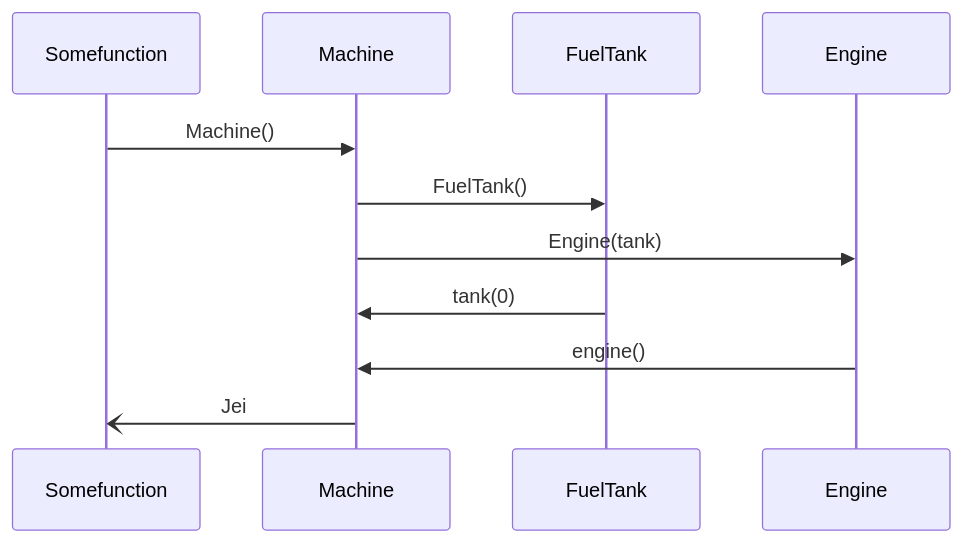
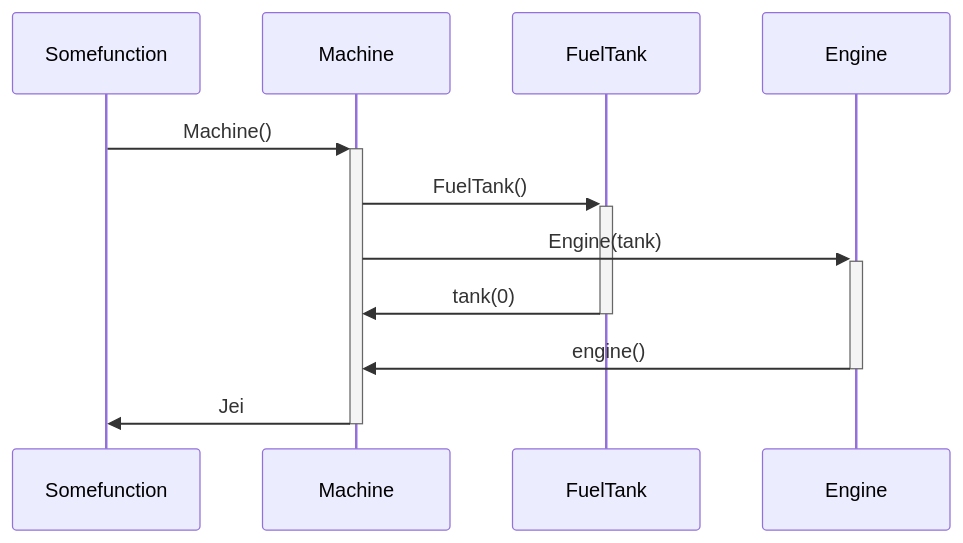
The diagram in laskarit/viikko3/machine.md (iritmaximus/ot-harjoitustyo), drawn with Mermaid before and after one commit.

Commit message:
added blocks to arrows

````diff
--- a/laskarit/viikko3/machine.md
+++ b/laskarit/viikko3/machine.md
@@ -3,11 +3,11 @@
 ```mermaid
 sequenceDiagram
 
-    Somefunction->>Machine: Machine()
-    Machine->>FuelTank: FuelTank()
-    Machine->>Engine: Engine(tank)
-    FuelTank->>Machine: tank(0)
-    Engine->>Machine: engine()
-    Machine-)Somefunction: Jei
+    Somefunction->>+Machine: Machine()
+    Machine->>+FuelTank: FuelTank()
+    Machine->>+Engine: Engine(tank)
+    FuelTank->>-Machine: tank(0)
+    Engine->>-Machine: engine()
+    Machine->>-Somefunction: Jei
 
 ```
````
